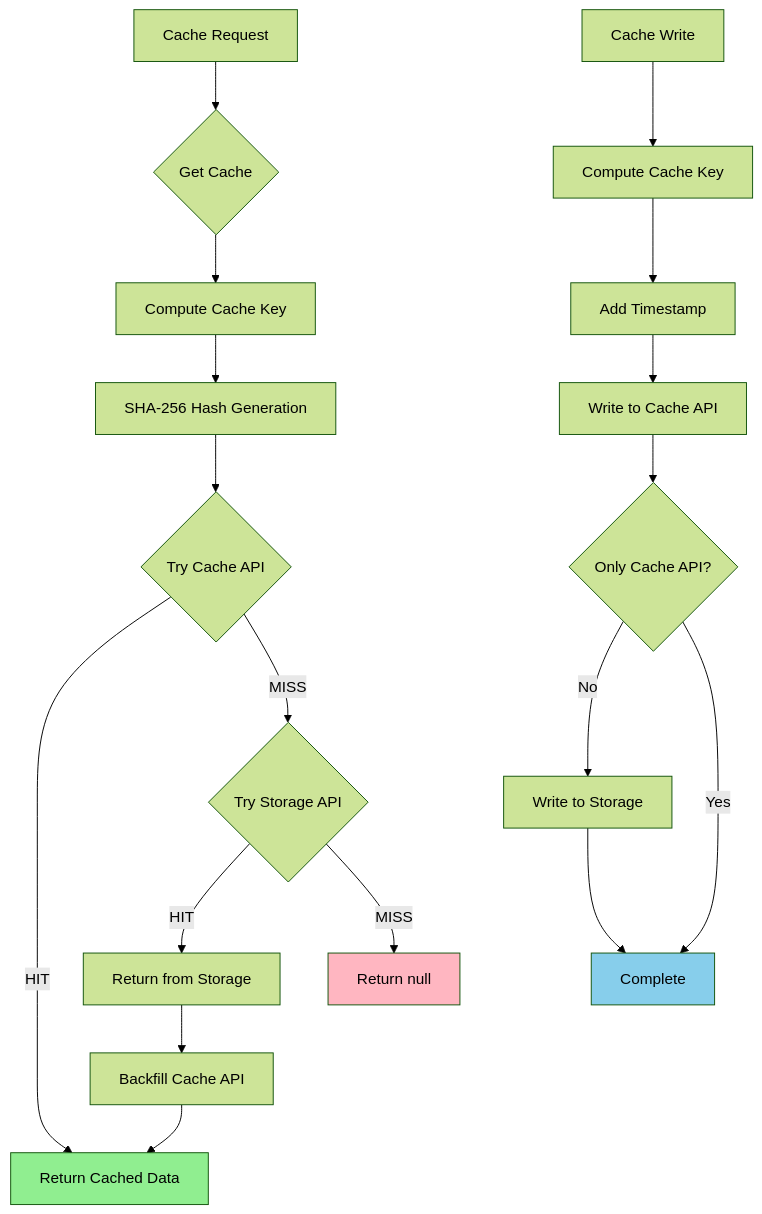
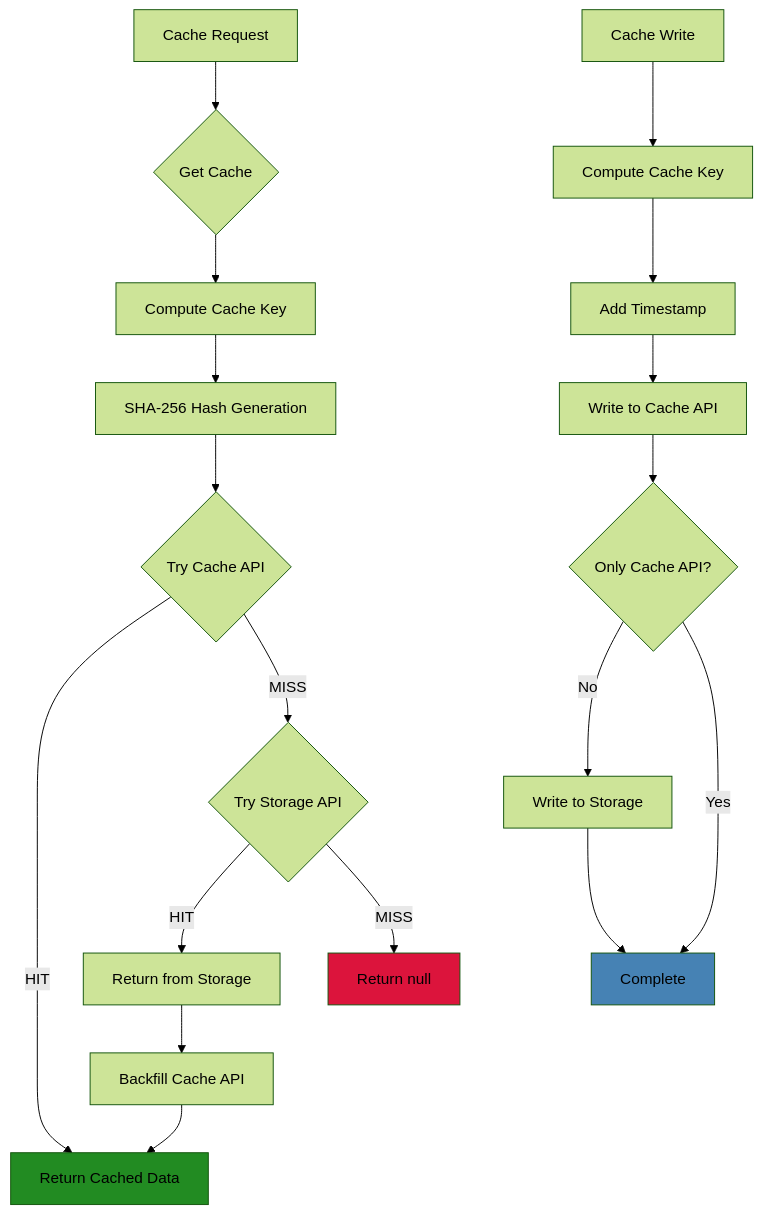
One commit to aziontech/opennextjs-azion changed the diagram in docs/incremental-cache.md. Above: the diagram before and after it, drawn with Mermaid (forest theme). The commit also changed 2 other files, not shown here.

Commit message:
style: update Mermaid diagram colors to use hex codes with higher contrast

````diff
--- a/docs/incremental-cache.md
+++ b/docs/incremental-cache.md
@@ -43,25 +43,25 @@
 ```mermaid
 graph TD
     A[Cache Request] --> B{Get Cache}
     B --> C[Compute Cache Key]
     C --> D[SHA-256 Hash Generation]
     D --> E{Try Cache API}
     E -->|HIT| F[Return Cached Data]
     E -->|MISS| G{Try Storage API}
     G -->|HIT| H[Return from Storage]
     G -->|MISS| I[Return null]
     H --> J[Backfill Cache API]
     J --> F
 
     K[Cache Write] --> L[Compute Cache Key]
     L --> M[Add Timestamp]
     M --> N[Write to Cache API]
     N --> O{Only Cache API?}
     O -->|No| P[Write to Storage]
     O -->|Yes| Q[Complete]
     P --> Q
 
-    style F fill:#90EE90
-    style I fill:#FFB6C1
-    style Q fill:#87CEEB
+    style F fill:#228B22
+    style I fill:#DC143C
+    style Q fill:#4682B4
 ```
````
